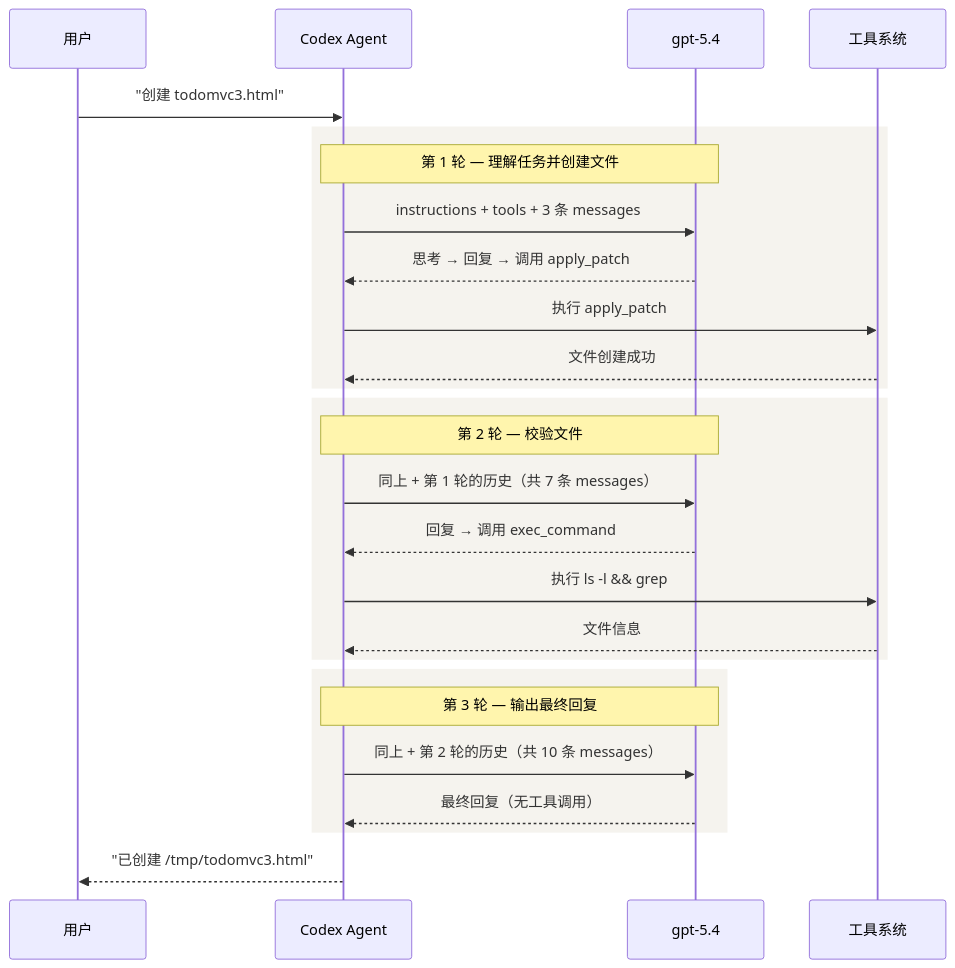
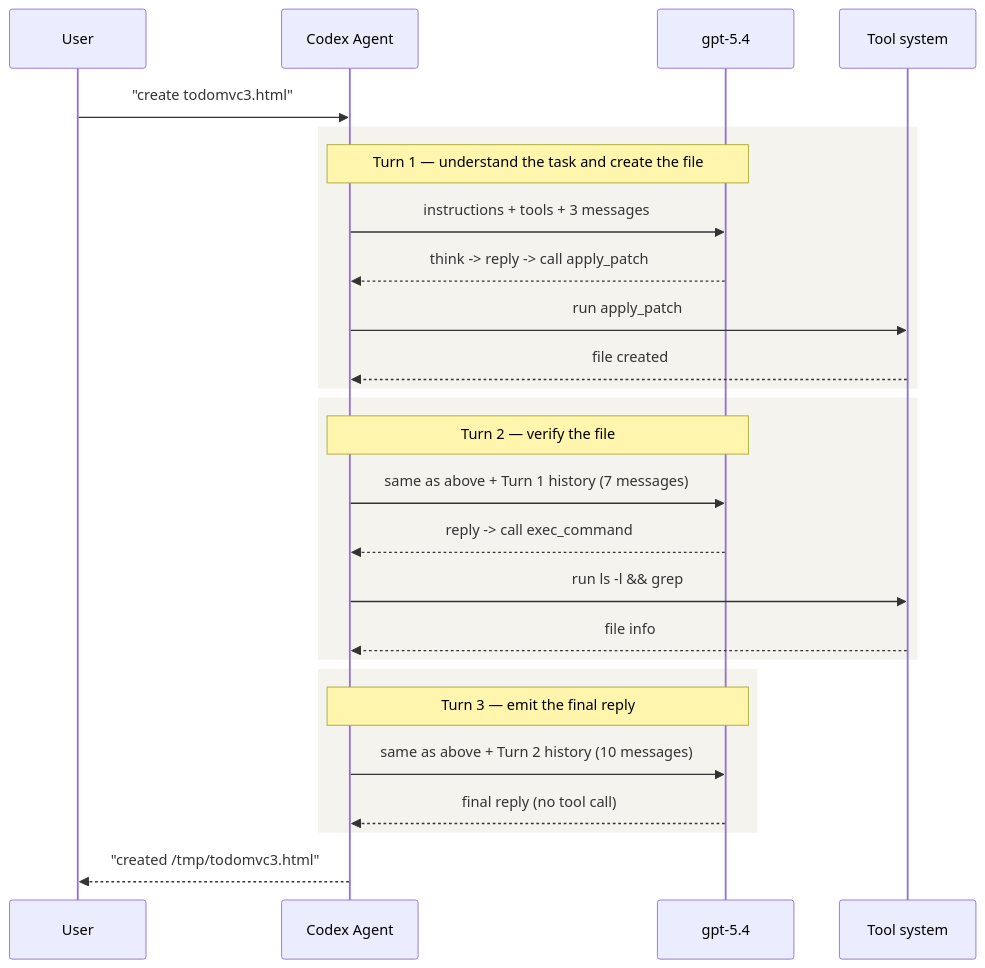
Before and after one commit to yibn2008/learn-codex: the diagram in wiki/02-prompt-and-tools.md, drawn with Mermaid. The commit also changed other lines of this file and 32 other files, not shown here.

````diff
--- a/wiki/02-prompt-and-tools.md
+++ b/wiki/02-prompt-and-tools.md
@@ -15,33 +17,33 @@
 ```mermaid
 sequenceDiagram
-    participant User as 用户
+    participant User as User
     participant Codex as Codex Agent
     participant LLM as gpt-5.4
-    participant Tools as 工具系统
+    participant Tools as Tool system
 
-    User->>Codex: "创建 todomvc3.html"
+    User->>Codex: "create todomvc3.html"
 
     rect rgb(245, 243, 238)
-    Note over Codex,LLM: 第 1 轮 — 理解任务并创建文件
-    Codex->>LLM: instructions + tools + 3 条 messages
-    LLM-->>Codex: 思考 → 回复 → 调用 apply_patch
-    Codex->>Tools: 执行 apply_patch
-    Tools-->>Codex: 文件创建成功
+    Note over Codex,LLM: Turn 1 — understand the task and create the file
+    Codex->>LLM: instructions + tools + 3 messages
+    LLM-->>Codex: think -> reply -> call apply_patch
+    Codex->>Tools: run apply_patch
+    Tools-->>Codex: file created
     end
 
     rect rgb(245, 243, 238)
-    Note over Codex,LLM: 第 2 轮 — 校验文件
-    Codex->>LLM: 同上 + 第 1 轮的历史（共 7 条 messages）
-    LLM-->>Codex: 回复 → 调用 exec_command
-    Codex->>Tools: 执行 ls -l && grep
-    Tools-->>Codex: 文件信息
+    Note over Codex,LLM: Turn 2 — verify the file
+    Codex->>LLM: same as above + Turn 1 history (7 messages)
+    LLM-->>Codex: reply -> call exec_command
+    Codex->>Tools: run ls -l && grep
+    Tools-->>Codex: file info
     end
 
     rect rgb(245, 243, 238)
-    Note over Codex,LLM: 第 3 轮 — 输出最终回复
-    Codex->>LLM: 同上 + 第 2 轮的历史（共 10 条 messages）
-    LLM-->>Codex: 最终回复（无工具调用）
+    Note over Codex,LLM: Turn 3 — emit the final reply
+    Codex->>LLM: same as above + Turn 2 history (10 messages)
+    LLM-->>Codex: final reply (no tool call)
     end
 
-    Codex-->>User: "已创建 /tmp/todomvc3.html"
+    Codex-->>User: "created /tmp/todomvc3.html"
 ```
````
